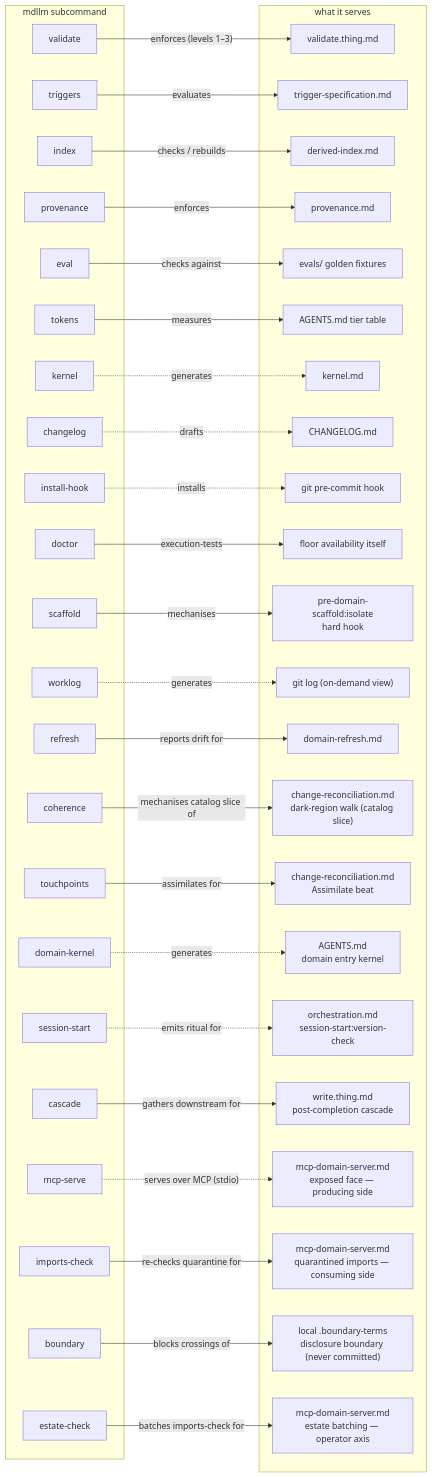
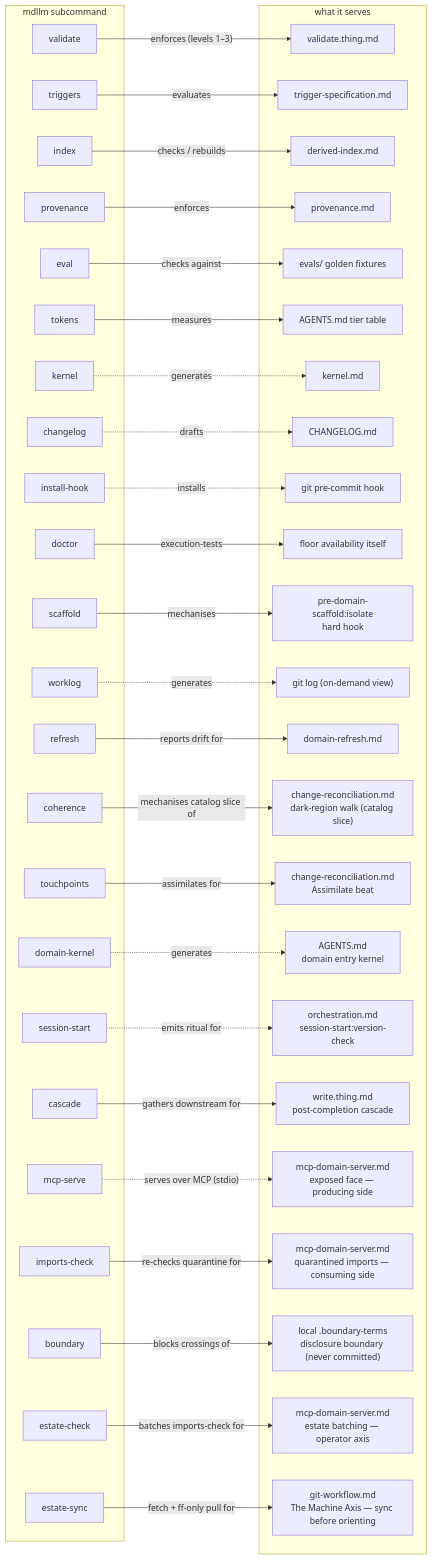
Before and after one commit to JanoshMoshiri/MarkdownLLM: the third of 4 diagrams in docs/framework-map.md, drawn with Mermaid. The commit also changed other lines of this file and 4 other files, not shown here.

````diff
--- a/docs/framework-map.md
+++ b/docs/framework-map.md
@@ -175,74 +175,77 @@
 ```mermaid
 flowchart LR
     subgraph cli ["mdllm subcommand"]
         C1["validate"]
         C2["triggers"]
         C3["index"]
         C4["provenance"]
         C5["eval"]
         C6["tokens"]
         C7["kernel"]
         C8["changelog"]
         C9["install-hook"]
         C10["doctor"]
         C11["scaffold"]
         C12["worklog"]
         C13["refresh"]
         C14["coherence"]
         C15["touchpoints"]
         C16["domain-kernel"]
         C17["session-start"]
         C18["cascade"]
         C19["mcp-serve"]
         C20["imports-check"]
         C21["boundary"]
         C22["estate-check"]
+        C23["estate-sync"]
     end
     subgraph target ["what it serves"]
         T1["validate.thing.md"]
         T2["trigger-specification.md"]
         T3["derived-index.md"]
         T4["provenance.md"]
         T5["evals/ golden fixtures"]
         T6["AGENTS.md tier table"]
         T7["kernel.md"]
         T8["CHANGELOG.md"]
         T9["git pre-commit hook"]
         T10["floor availability itself"]
         T11["pre-domain-scaffold:isolate<br/>hard hook"]
         T12["git log (on-demand view)"]
         T13["domain-refresh.md"]
         T14["change-reconciliation.md<br/>dark-region walk (catalog slice)"]
         T15["change-reconciliation.md<br/>Assimilate beat"]
         T16["AGENTS.md<br/>domain entry kernel"]
         T17["orchestration.md<br/>session-start:version-check"]
         T18["write.thing.md<br/>post-completion cascade"]
         T19["mcp-domain-server.md<br/>exposed face — producing side"]
         T20["mcp-domain-server.md<br/>quarantined imports — consuming side"]
         T21["local .boundary-terms<br/>disclosure boundary (never committed)"]
         T22["mcp-domain-server.md<br/>estate batching — operator axis"]
+        T23["git-workflow.md<br/>The Machine Axis — sync before orienting"]
     end
 
     C1 -->|"enforces (levels 1–3)"| T1
     C2 -->|evaluates| T2
     C3 -->|"checks / rebuilds"| T3
     C4 -->|enforces| T4
     C5 -->|checks against| T5
     C6 -->|measures| T6
     C7 -.->|generates| T7
     C8 -.->|drafts| T8
     C9 -.->|installs| T9
     C10 -->|"execution-tests"| T10
     C11 -->|mechanises| T11
     C12 -.->|generates| T12
     C13 -->|"reports drift for"| T13
     C14 -->|"mechanises catalog slice of"| T14
     C15 -->|"assimilates for"| T15
     C16 -.->|"generates"| T16
     C17 -.->|"emits ritual for"| T17
     C18 -->|"gathers downstream for"| T18
     C19 -.->|"serves over MCP (stdio)"| T19
     C20 -->|"re-checks quarantine for"| T20
     C21 -->|"blocks crossings of"| T21
     C22 -->|"batches imports-check for"| T22
+    C23 -->|"fetch + ff-only pull for"| T23
 ```
````
